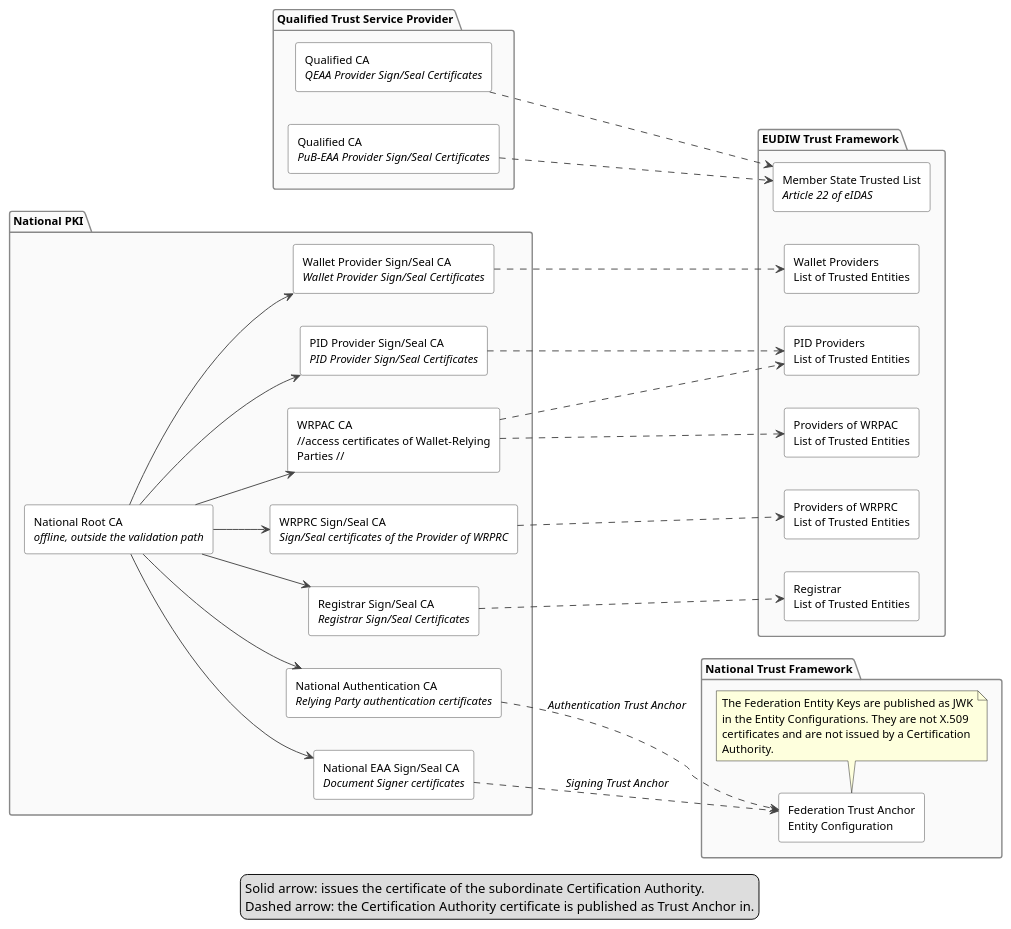
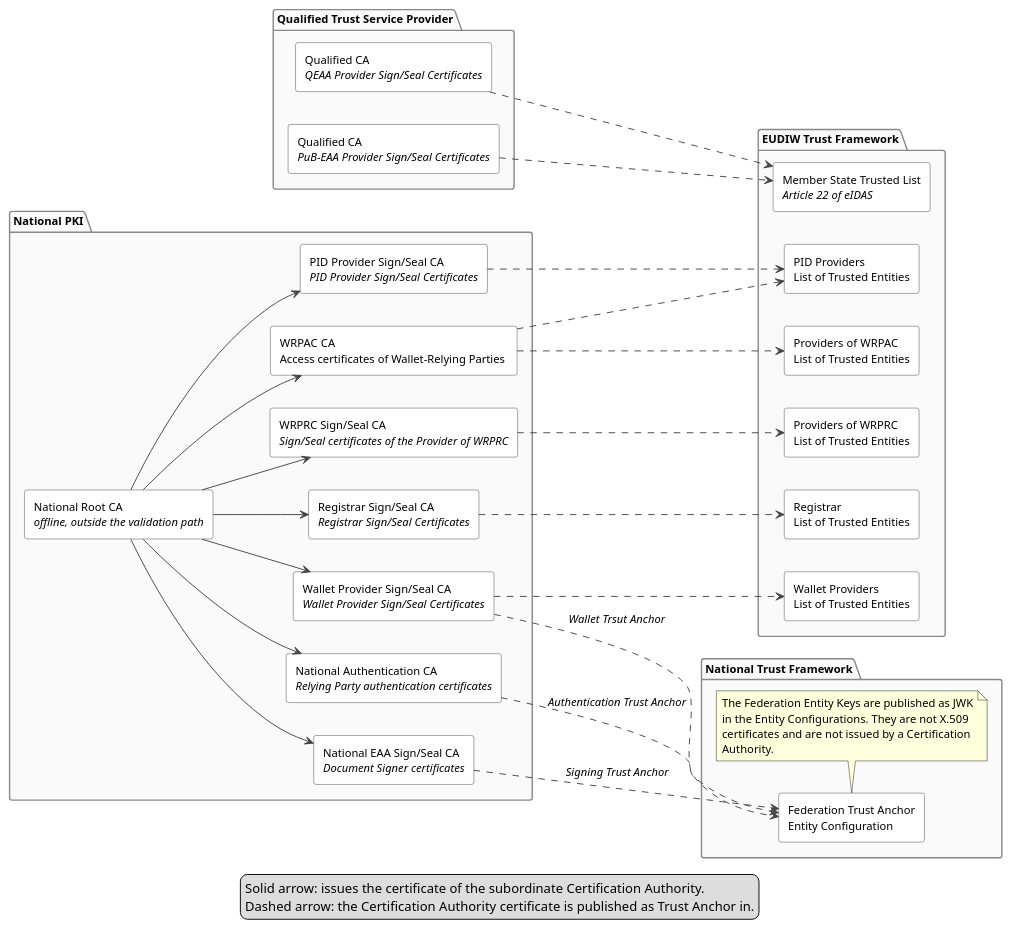
One commit to italia/eid-wallet-it-docs changed the diagram in docs/en/plantuml/pki-architecture.puml. Above: the diagram before and after it, drawn with PlantUML. The commit also changed 11 other files, not shown here.

```diff
--- a/docs/en/plantuml/pki-architecture.puml
+++ b/docs/en/plantuml/pki-architecture.puml
@@ -1,89 +1,90 @@
 @startuml
 ' Certification hierarchies and publication channel of the derived Trust Anchors.
 
 skinparam shadowing false
 skinparam defaultFontName Helvetica
 skinparam defaultFontSize 12
 skinparam ArrowColor #444444
 skinparam rectangle {
   BackgroundColor White
   BorderColor #444444
 }
 skinparam package {
   BackgroundColor #FAFAFA
   BorderColor #888888
   FontStyle bold
 }
 
 left to right direction
 
 package "National PKI" as NAT {
 
   rectangle "National Root CA\n//offline, outside the validation path//" as ROOT
 
   rectangle "PID Provider Sign/Seal CA\n//PID Provider Sign/Seal Certificates//" as CA_PIDS
   rectangle "Wallet Provider Sign/Seal CA\n//Wallet Provider Sign/Seal Certificates//" as CA_WP
   
-  rectangle "WRPAC CA\n//access certificates of Wallet-Relying\nParties //" as CA_WRPAC
+  rectangle "WRPAC CA\nAccess certificates of Wallet-Relying Parties " as CA_WRPAC
   rectangle "National Authentication CA\n//Relying Party authentication certificates//" as CA_AUTH
   rectangle "WRPRC Sign/Seal CA\n//Sign/Seal certificates of the Provider of WRPRC//" as CA_WRPRC
   rectangle "Registrar Sign/Seal CA\n//Registrar Sign/Seal Certificates//" as CA_REG
   rectangle "National EAA Sign/Seal CA\n//Document Signer certificates//" as CA_EAA
 }
 
 package "Qualified Trust Service Provider" as QTSP {
   rectangle "Qualified CA\n//QEAA Provider Sign/Seal Certificates//" as CA_Q
   rectangle "Qualified CA\n//PuB-EAA Provider Sign/Seal Certificates//" as CA_PUB
 }
 
 package "EUDIW Trust Framework" as PUBEU {
   rectangle "PID Providers\nList of Trusted Entities" as L_PID
   rectangle "Wallet Providers\nList of Trusted Entities" as L_WP
   ' rectangle "PuB-EAA Providers\nList of Trusted Entities" as L_PUB
   rectangle "Providers of WRPAC\nList of Trusted Entities" as L_WRPAC
   rectangle "Providers of WRPRC\nList of Trusted Entities" as L_WRPRC
   rectangle "Registrar\nList of Trusted Entities" as L_REG
   rectangle "Member State Trusted List\n//Article 22 of eIDAS//" as L_TL
 }
 
 package "National Trust Framework" as PUBNAT {
   rectangle "Federation Trust Anchor\nEntity Configuration" as L_FED
   note bottom
     The Federation Entity Keys are published as JWK
     in the Entity Configurations. They are not X.509
     certificates and are not issued by a Certification
     Authority.
   end note  
 }
 
 ROOT --> CA_PIDS
 ROOT --> CA_WP
 ROOT --> CA_WRPAC
 ROOT --> CA_AUTH
 ROOT --> CA_WRPRC
 ROOT --> CA_REG
 ROOT --> CA_EAA
 
 CA_PIDS ..> L_PID
 CA_WP ..> L_WP
 CA_PUB ..> L_TL
 CA_WRPAC ..> L_WRPAC
 CA_WRPAC ..> L_PID
 CA_WRPRC ..> L_WRPRC
 CA_REG ..> L_REG
 CA_Q ..> L_TL
+CA_WP ..> L_FED : //Wallet Trsut Anchor//
 CA_AUTH ..> L_FED : //Authentication Trust Anchor//
 CA_EAA ..> L_FED : //Signing Trust Anchor//
 
 ' note bottom of PUBNAT
 '   The Federation Entity Keys are published as JWK
 '   in the Entity Configurations. They are not X.509
 '   certificates and are not issued by a Certification
 '   Authority.
 ' end note
 
 legend bottom
   Solid arrow: issues the certificate of the subordinate Certification Authority.
   Dashed arrow: the Certification Authority certificate is published as Trust Anchor in.
 endlegend
 @enduml
```
